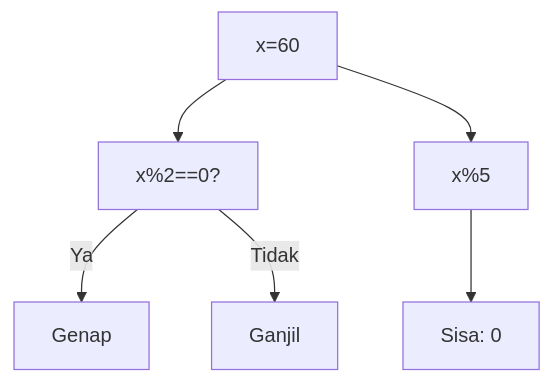
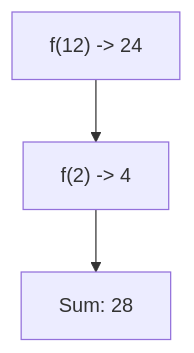
One commit to amnahwaida/OSNK_INF_PREP changed diagram 14 of 25 in part-c-pemahaman-cpp/04-fungsi/latihan/set-03.md. Above: the diagram before and after it, drawn with Mermaid. The commit also changed other lines of this file and 71 other files, not shown here.

````diff
--- a/part-c-pemahaman-cpp/04-fungsi/latihan/set-03.md
+++ b/part-c-pemahaman-cpp/04-fungsi/latihan/set-03.md
@@ -421,8 +365,5 @@
 ```mermaid
 graph TD
-A["x=60"] --> B["x%2==0?"]
-B -- Ya --> C["Genap"]
-B -- Tidak --> D["Ganjil"]
-A --> E["x%5"]
-E --> F["Sisa: 0"]
+A["f(12) -> 24"] --> B["f(2) -> 4"]
+B --> C["Sum: 28"]
 ```
````
